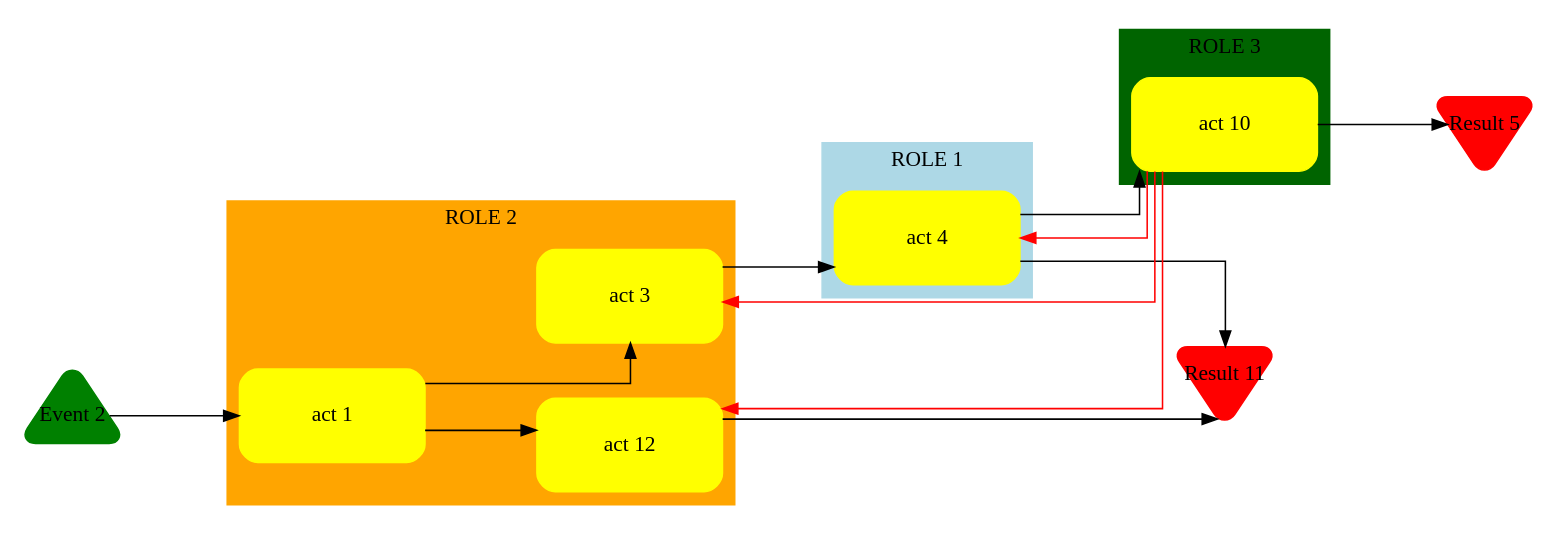
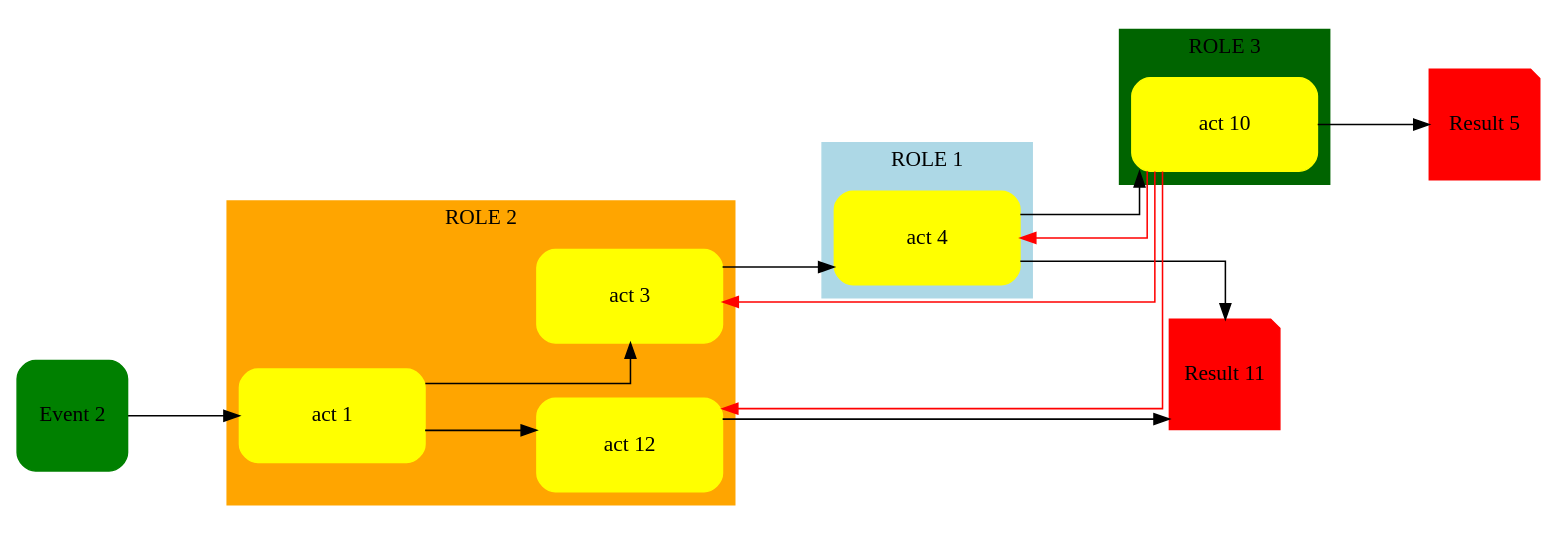
One commit to ggojard/swimy changed the diagram in input/input_boucle_constraints.dot. Above: the diagram before and after it, drawn with Graphviz. The commit also changed 14 other files, not shown here.

```diff
--- a/input/input_boucle_constraints.dot
+++ b/input/input_boucle_constraints.dot
@@ -1,42 +1,45 @@
 digraph diagram24 {
 
  /*
  dot input.dot | gvpr -c -fswimy.g | neato -n2 -Tpng > output.png
  dot input.dot | gvpr -c -fswimy.g | neato -n2 > output.dot
  */
 
 rankdir=LR;overlap=scalexy;splines=ortho;sep=1;nodesep=0.5;
 /*rankdir=TB;overlap=scalexy;splines=ortho;sep=1;nodesep=1;*/
 
 node[fontsize=14.0]
 
 subgraph cluster_8 { label="ROLE 1";style=filled;color=lightblue;4}
 subgraph cluster_7 { label="ROLE 2";style=filled;color=orange;1;3;12}
+/*subgraph cluster_10 { label="ROLE 4";style=filled;color=pink;14}*/
 subgraph cluster_9 { label="ROLE 3";style=filled;color=darkgreen;10}
 
 
 "4"  [label="act 4"; shape=box,style="rounded,filled",color=yellow,fixedsize=true,width=1.6806,height=0.84722]
 "1"  [label="act 1"; shape=box,style="rounded,filled",color=yellow,fixedsize=true,width=1.6806,height=0.84722]
 "3"  [label="act 3"; shape=box,style="rounded,filled",color=yellow,fixedsize=true,width=1.6806,height=0.84722]
 "10" [label="act 10"; shape=box,style="rounded,filled",color=yellow,fixedsize=true,width=1.6806,height=0.84722]
 "12" [label="act 12"; shape=box,style="rounded,filled",color=yellow,fixedsize=true,width=1.6806,height=0.84722]
-"5"  [label="Result 5"; shape=invtriangle,fixedsize=true,width=1.0,height=1.0,style="rounded,filled",color=red]
-"2"  [label="Event 2"; shape=triangle,fixedsize=true,width=1.0,height=1.0,style="rounded,filled",color=green]
-"11" [label="Result 11"; shape=invtriangle,fixedsize=true,width=1.0,height=1.0,style="rounded,filled",color=red]
+"5"  [label="Result 5"; shape=note,fixedsize=true,width=1.0,height=1.0,style="rounded,filled",color=red]
+"2"  [label="Event 2"; shape=rect,fixedsize=true,width=1.0,height=1.0,style="rounded,filled",color=green]
+"11" [label="Result 11"; shape=note,fixedsize=true,width=1.0,height=1.0,style="rounded,filled",color=red]
+/*"14" [label="act 14"; shape=box,style="rounded,filled",color=yellow,fixedsize=true,width=1.6806,height=0.84722]*/
 
+/* CONSTRAINT FALSE*/
+"10" -> "3" [minlen=1.0,constraint=false,style="filled",color=red];
+"10" -> "4" [minlen=1.0,constraint=false,style="filled",color=red];
+"10" -> "12" [minlen=1.0,constraint=false,style="filled",color=red];
+
+/* DEFAULT */
 "1" -> "3"  [minlen=2.0];
 "4" -> "10" [minlen=2.0];
 "3" -> "4"  [minlen=2.0];
 "10" -> "5" [minlen=2.0];
 "2" -> "1"  [minlen=2.0];
 "4" -> "11" [minlen=2.0];
 "1" -> "12" [minlen=2.0];
 "12" -> "11" [minlen=2.0];
-
-/* CONSTRAINTS*/
-"10" -> "3" [minlen=1.0,constraint=false,style="filled",color=red];
-"10" -> "4" [minlen=1.0,constraint=false,style="filled",color=red];
-"10" -> "12" [minlen=1.0,constraint=false,style="filled",color=red];
-
+/*"12" -> "14" [minlen=2.0];*/
 
 }
```
